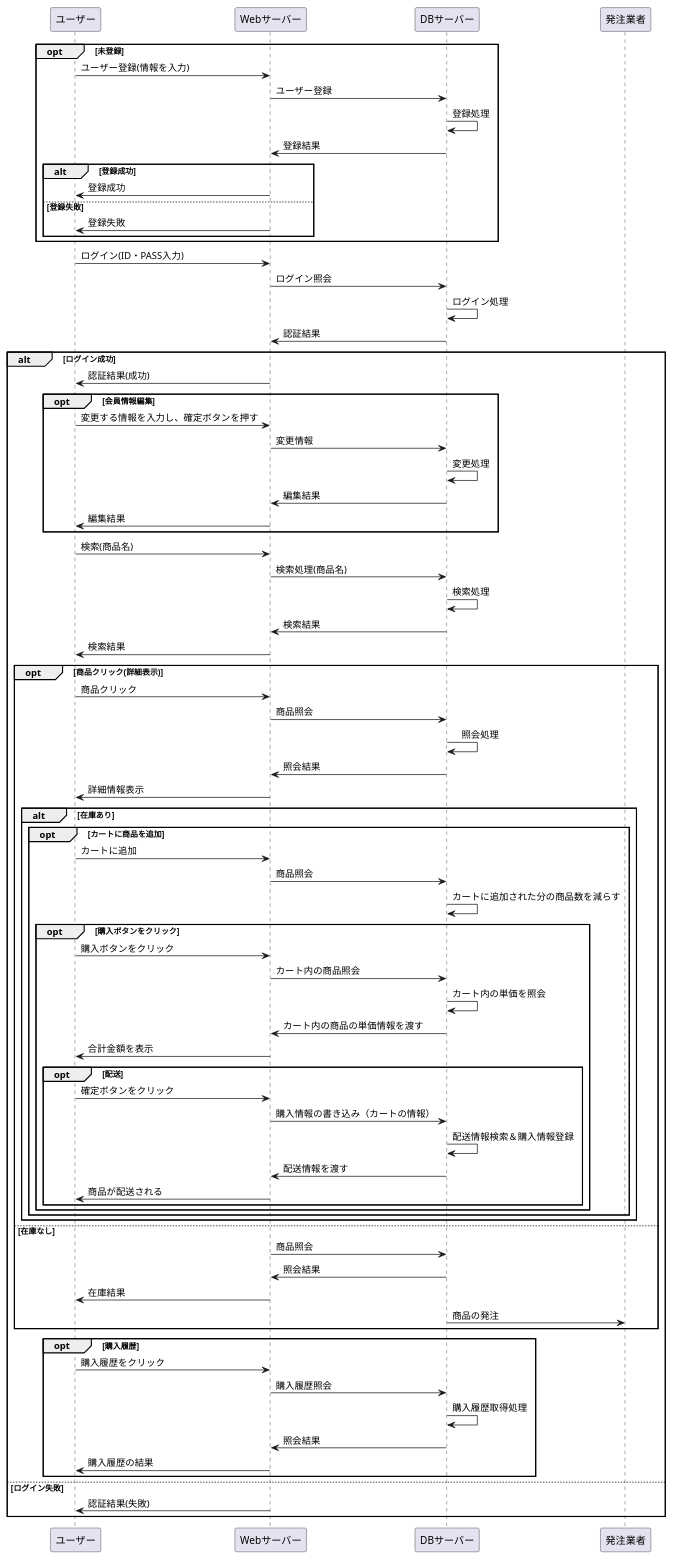
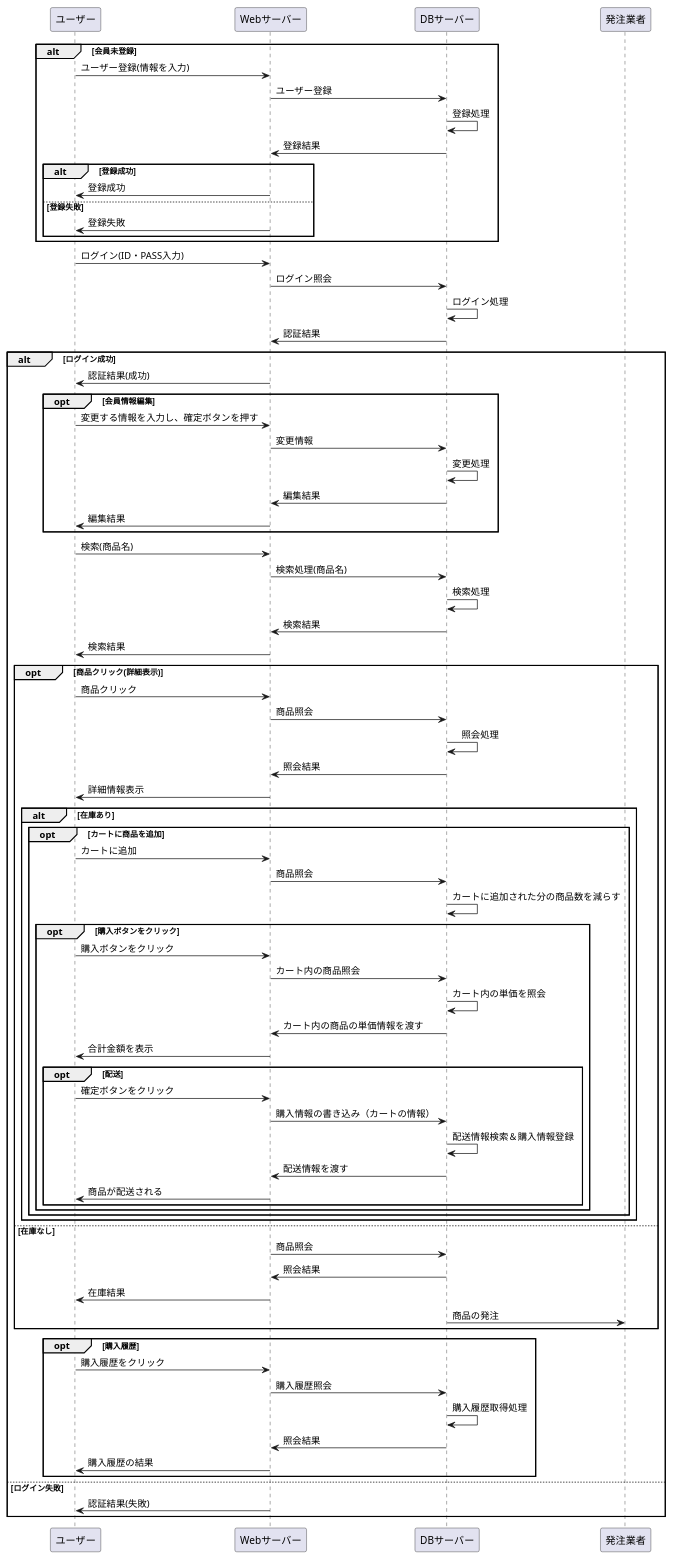
The diagram in 設計書/02_業務フロー/business-flow-test.md (Aso2001227/Aso-Sports-1), drawn with PlantUML before and after one commit.

````diff
--- a/設計書/02_業務フロー/business-flow-test.md
+++ b/設計書/02_業務フロー/business-flow-test.md
@@ -1,6 +1,6 @@
 ```uml
 @startuml
-opt 未登録
+alt 会員未登録
 ユーザー -> Webサーバー : ユーザー登録(情報を入力)
 Webサーバー -> DBサーバー : ユーザー登録
 DBサーバー -> DBサーバー : 登録処理
````
